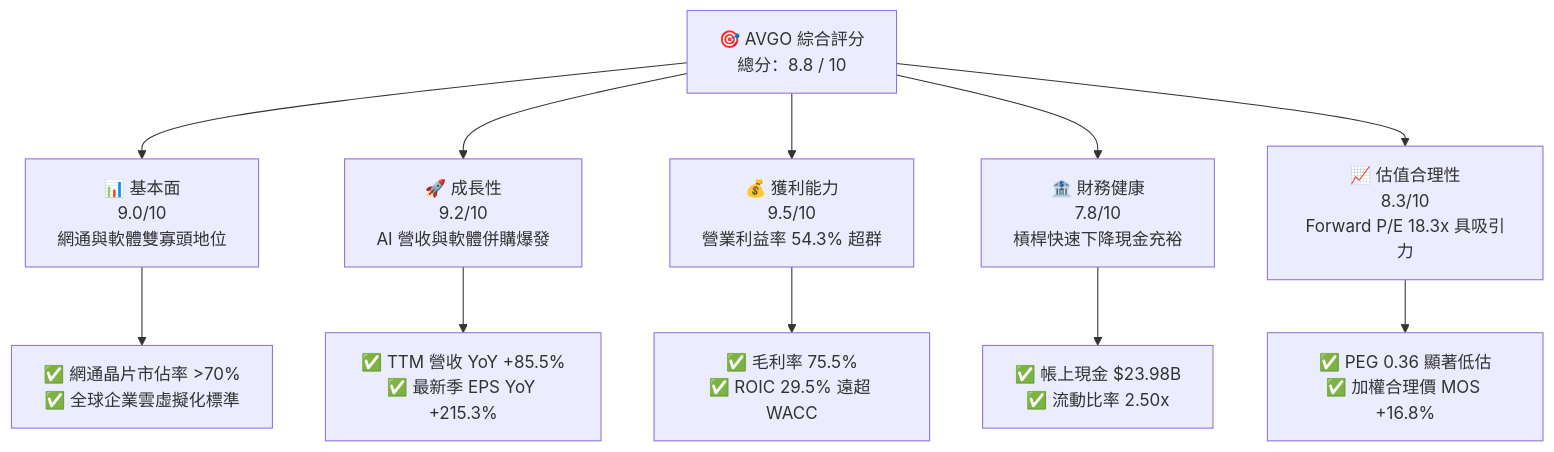
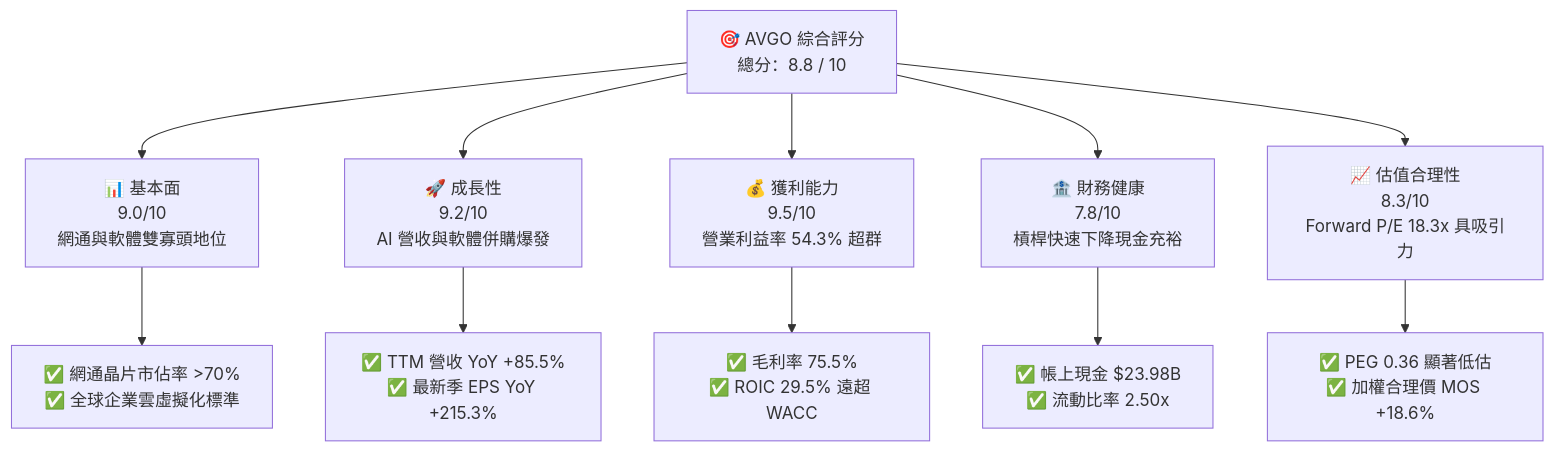
Before and after one commit to yennanliu/finance_data: the first of 15 diagrams in ai_gen_report/fundamental/avgo/fundamental_analysis_2026-10-13_gemini.md, drawn with Mermaid. The commit also changed other lines of this file and 339 other files, not shown here.

````diff
--- a/ai_gen_report/fundamental/avgo/fundamental_analysis_2026-10-13_gemini.md
+++ b/ai_gen_report/fundamental/avgo/fundamental_analysis_2026-10-13_gemini.md
@@ -60,22 +67,22 @@
 ```mermaid
 graph TD
     TICKER["🎯 AVGO 綜合評分<br/>總分：8.8 / 10"]
 
     F["📊 基本面<br/>9.0/10<br/>網通與軟體雙寡頭地位"]
     G["🚀 成長性<br/>9.2/10<br/>AI 營收與軟體併購爆發"]
     P["💰 獲利能力<br/>9.5/10<br/>營業利益率 54.3% 超群"]
     B["🏦 財務健康<br/>7.8/10<br/>槓桿快速下降現金充裕"]
     V["📈 估值合理性<br/>8.3/10<br/>Forward P/E 18.3x 具吸引力"]
 
     TICKER --> F
     TICKER --> G
     TICKER --> P
     TICKER --> B
     TICKER --> V
 
     F --> F1["✅ 網通晶片市佔率 >70%<br/>✅ 全球企業雲虛擬化標準"]
     G --> G1["✅ TTM 營收 YoY +85.5%<br/>✅ 最新季 EPS YoY +215.3%"]
     P --> P1["✅ 毛利率 75.5%<br/>✅ ROIC 29.5% 遠超 WACC"]
     B --> B1["✅ 帳上現金 $23.98B<br/>✅ 流動比率 2.50x"]
-    V --> V1["✅ PEG 0.36 顯著低估<br/>✅ 加權合理價 MOS +16.8%"]
+    V --> V1["✅ PEG 0.36 顯著低估<br/>✅ 加權合理價 MOS +18.6%"]
 ```
````
